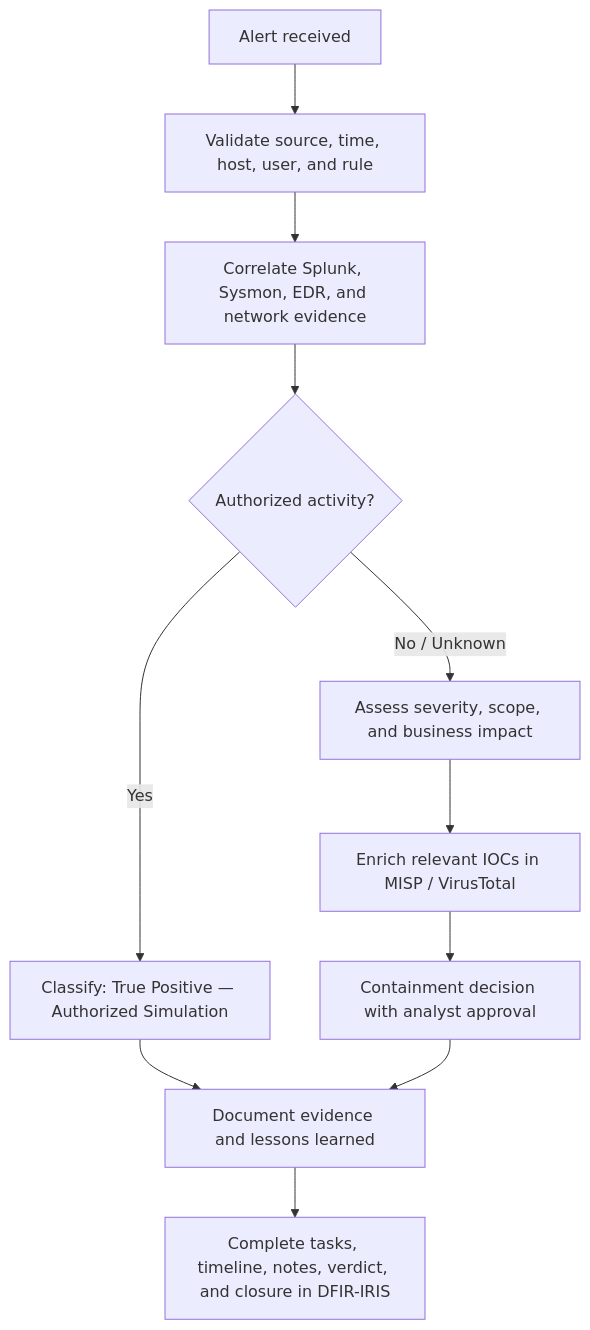
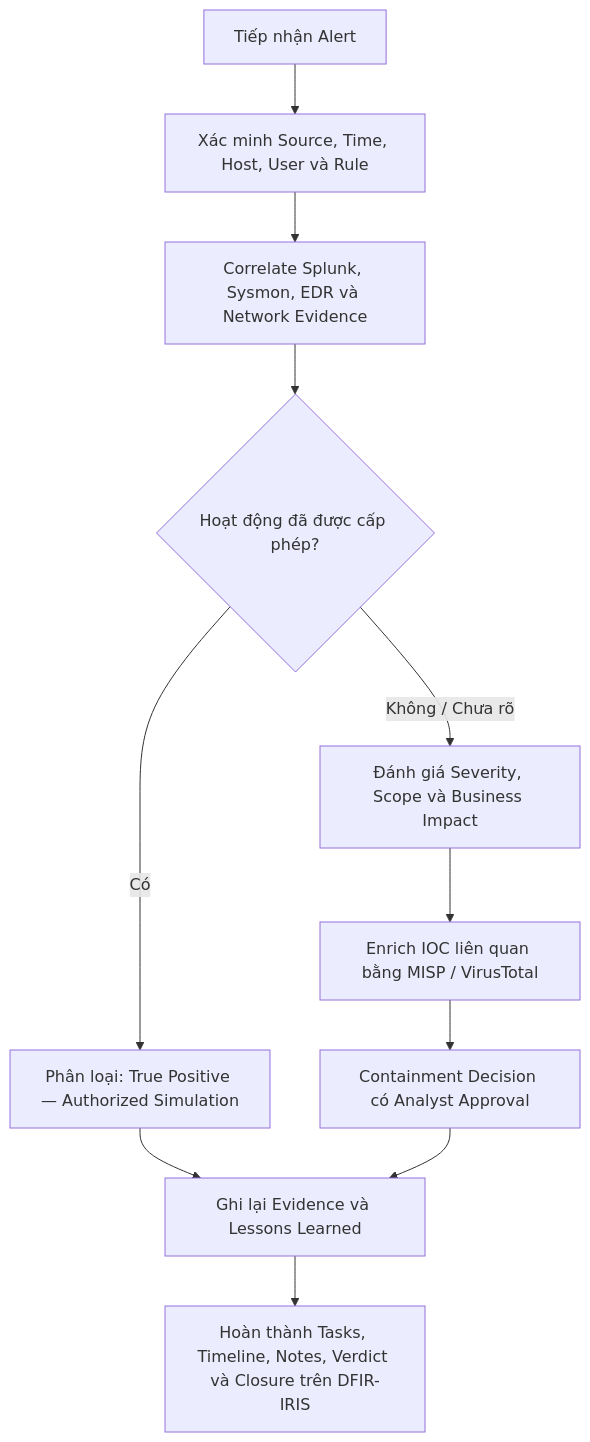
The second of 2 diagrams in README.md (longnt05-afk/SOAR_HomeLab), drawn with Mermaid before and after one commit. The commit also changed other lines of this file, not shown here.

````diff
--- a/README.md
+++ b/README.md
@@ -276,13 +276,13 @@
 ```mermaid
 flowchart TD
-    A["Alert received"] --> B["Validate source, time, host, user, and rule"]
-    B --> C["Correlate Splunk, Sysmon, EDR, and network evidence"]
-    C --> D{"Authorized activity?"}
-    D -- "Yes" --> E["Classify: True Positive — Authorized Simulation"]
-    D -- "No / Unknown" --> F["Assess severity, scope, and business impact"]
-    E --> G["Document evidence and lessons learned"]
-    F --> H["Enrich relevant IOCs in MISP / VirusTotal"]
-    H --> I["Containment decision with analyst approval"]
+    A["Tiếp nhận Alert"] --> B["Xác minh Source, Time, Host, User và Rule"]
+    B --> C["Correlate Splunk, Sysmon, EDR và Network Evidence"]
+    C --> D{"Hoạt động đã được cấp phép?"}
+    D -- "Có" --> E["Phân loại: True Positive — Authorized Simulation"]
+    D -- "Không / Chưa rõ" --> F["Đánh giá Severity, Scope và Business Impact"]
+    E --> G["Ghi lại Evidence và Lessons Learned"]
+    F --> H["Enrich IOC liên quan bằng MISP / VirusTotal"]
+    H --> I["Containment Decision có Analyst Approval"]
     I --> G
-    G --> J["Complete tasks, timeline, notes, verdict, and closure in DFIR-IRIS"]
+    G --> J["Hoàn thành Tasks, Timeline, Notes, Verdict và Closure trên DFIR-IRIS"]
 ```
````
